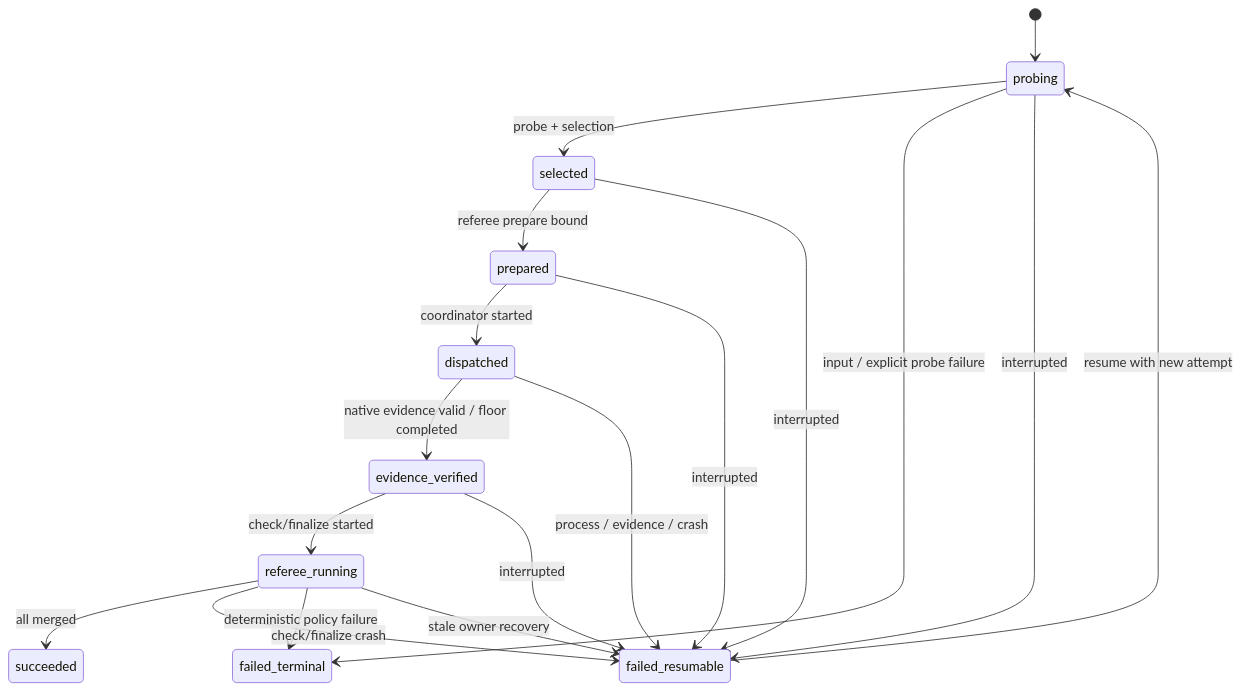
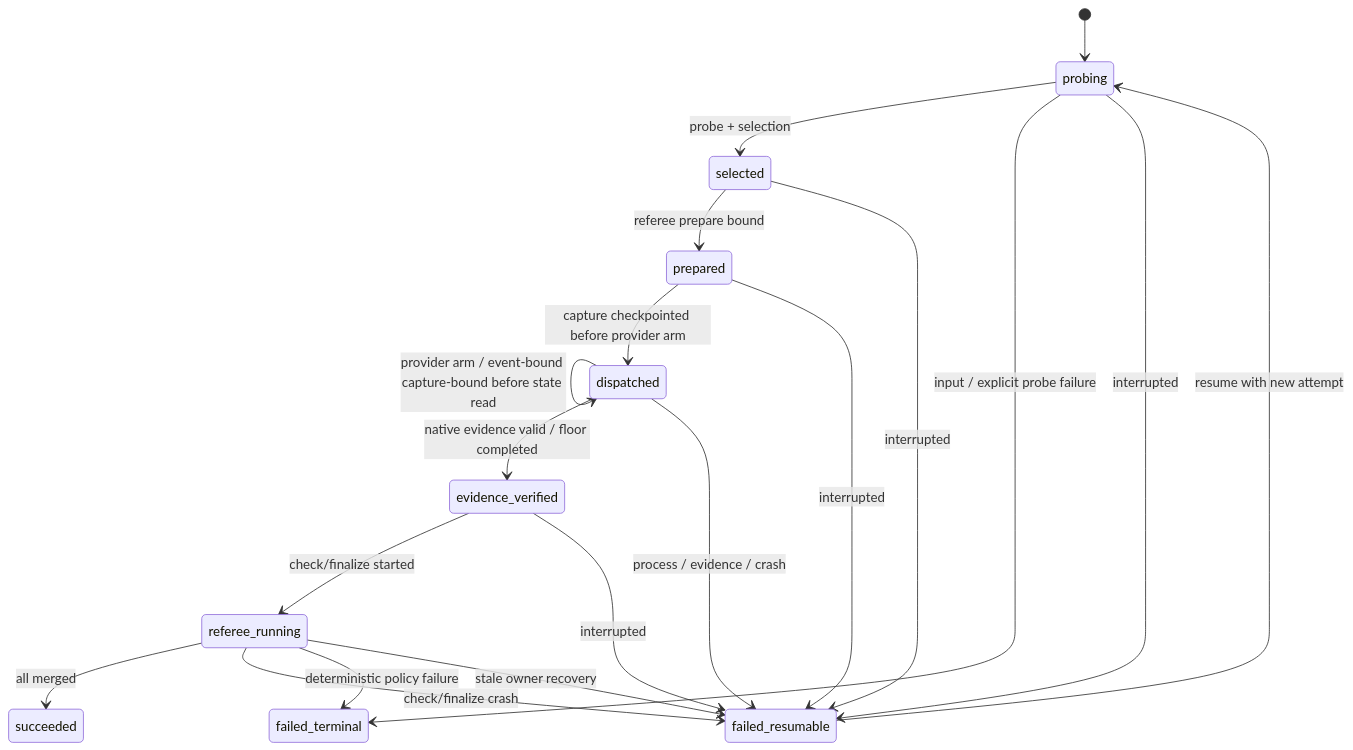
The second of 2 diagrams in amadeus/spaces/default/intents/260713-swarm-driver-migration/inception/application-design/services.md (amadeus-dlc/amadeus), drawn with Mermaid before and after one commit. The commit also changed other lines of this file and 64 other files, not shown here.

````diff
--- a/amadeus/spaces/default/intents/260713-swarm-driver-migration/inception/application-design/services.md
+++ b/amadeus/spaces/default/intents/260713-swarm-driver-migration/inception/application-design/services.md
@@ -155,20 +176,21 @@
 ```mermaid
 stateDiagram-v2
   [*] --> probing
   probing --> selected: probe + selection
   probing --> failed_terminal: input / explicit probe failure
   probing --> failed_resumable: interrupted
   selected --> prepared: referee prepare bound
-  prepared --> dispatched: coordinator started
+  prepared --> dispatched: capture checkpointed before provider arm
+  dispatched --> dispatched: provider arm / event-bound capture-bound before state read
   dispatched --> evidence_verified: native evidence valid / floor completed
   dispatched --> failed_resumable: process / evidence / crash
   evidence_verified --> referee_running: check/finalize started
   referee_running --> succeeded: all merged
   referee_running --> failed_resumable: check/finalize crash
   referee_running --> failed_terminal: deterministic policy failure
   selected --> failed_resumable: interrupted
   prepared --> failed_resumable: interrupted
   evidence_verified --> failed_resumable: interrupted
   referee_running --> failed_resumable: stale owner recovery
   failed_resumable --> probing: resume with new attempt
 ```
````
